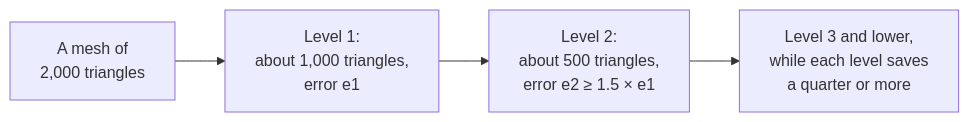
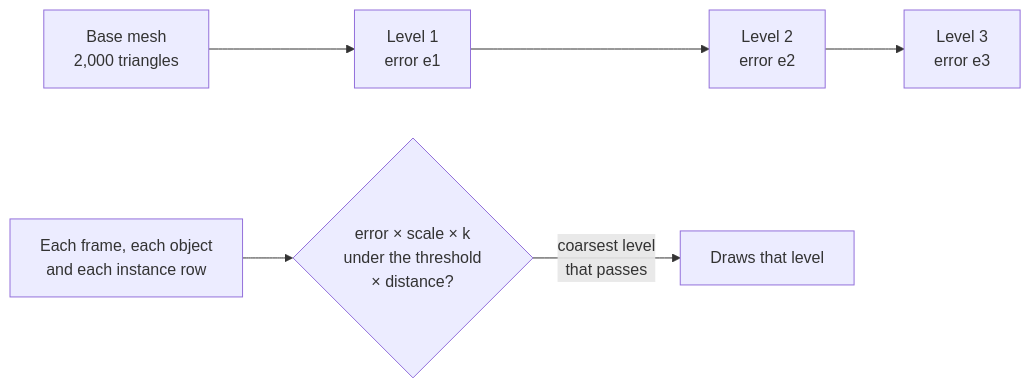
The diagram in docs/concepts/lod.md (null3d-engine/null3d), drawn with Mermaid before and after one commit. The commit also changed other lines of this file and 64 other files, not shown here.

````diff
--- a/docs/concepts/lod.md
+++ b/docs/concepts/lod.md
@@ -13,6 +13,8 @@
 ```mermaid
 flowchart LR
-    mesh["A mesh of<br/>2,000 triangles"] --> l1["Level 1:<br/>about 1,000 triangles,<br/>error e1"]
-    l1 --> l2["Level 2:<br/>about 500 triangles,<br/>error e2 ≥ 1.5 × e1"]
-    l2 --> l3["Level 3 and lower,<br/>while each level saves<br/>a quarter or more"]
+    base["Base mesh<br/>2,000 triangles"] --> l1["Level 1<br/>error e1"]
+    l1 --> l2["Level 2<br/>error e2"]
+    l2 --> l3["Level 3<br/>error e3"]
+    pick["Each frame, each object<br/>and each instance row"] --> rule{"error × scale × k<br/>under the threshold<br/>× distance?"}
+    rule -->|"coarsest level<br/>that passes"| draw["Draws that level"]
 ```
````
